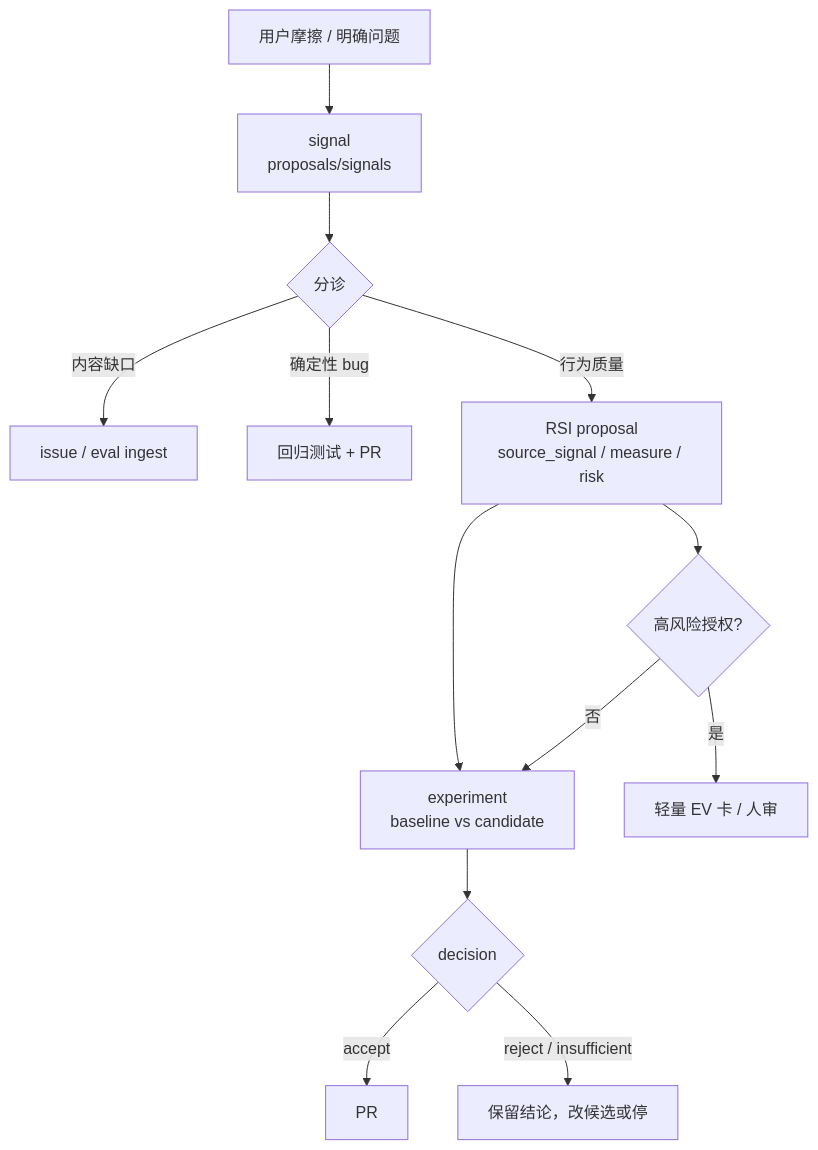
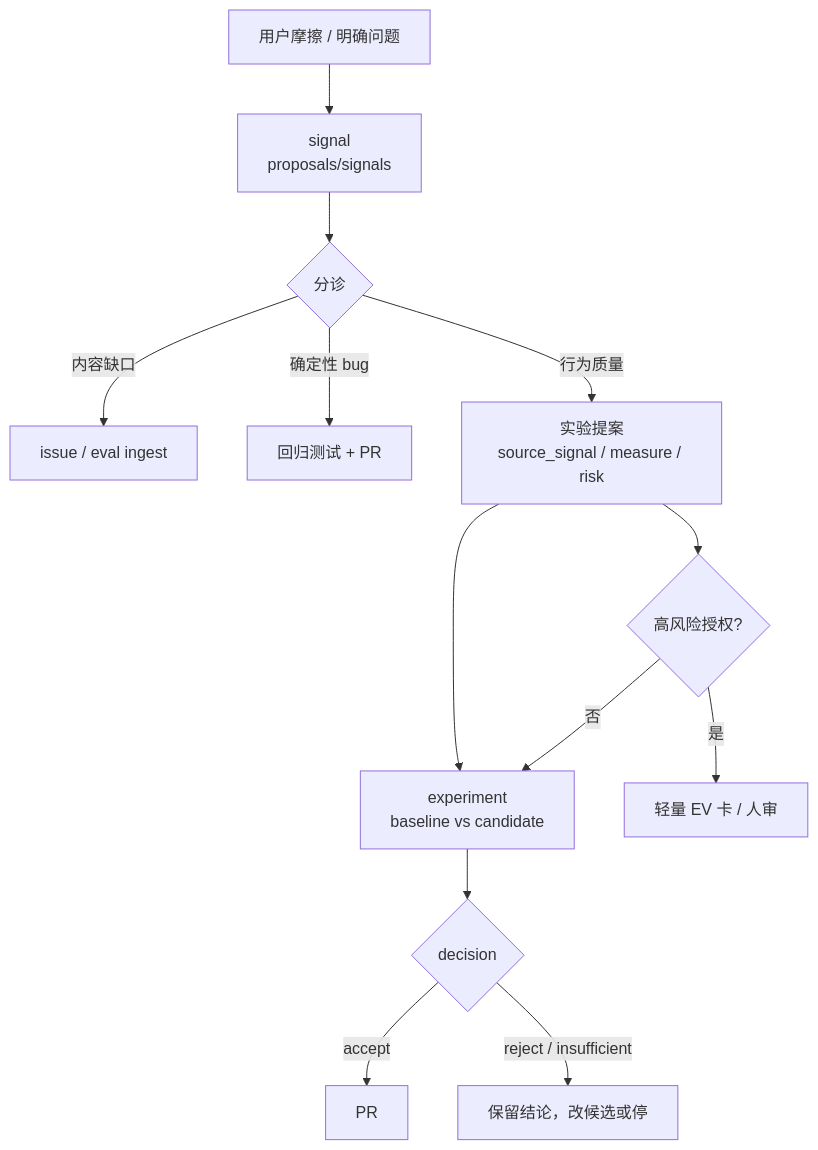
One commit to pillumina/ascend-sleuth changed the diagram in docs/mechanism/evolution-config.md. Above: the diagram before and after it, drawn with Mermaid. The commit also changed other lines of this file and 59 other files, not shown here.

````diff
--- a/docs/mechanism/evolution-config.md
+++ b/docs/mechanism/evolution-config.md
@@ -104,15 +104,15 @@
 ```mermaid
 flowchart TD
   A[用户摩擦 / 明确问题] --> B[signal<br/>proposals/signals]
   B --> C{分诊}
   C -->|内容缺口| D[issue / eval ingest]
   C -->|确定性 bug| E[回归测试 + PR]
-  C -->|行为质量| F[RSI proposal<br/>source_signal / measure / risk]
+  C -->|行为质量| F[实验提案<br/>source_signal / measure / risk]
   F --> G[experiment<br/>baseline vs candidate]
   G --> H{decision}
   H -->|accept| I[PR]
   H -->|reject / insufficient| J[保留结论，改候选或停]
   F --> K{高风险授权?}
   K -->|是| L[轻量 EV 卡 / 人审]
   K -->|否| G
 ```
````
